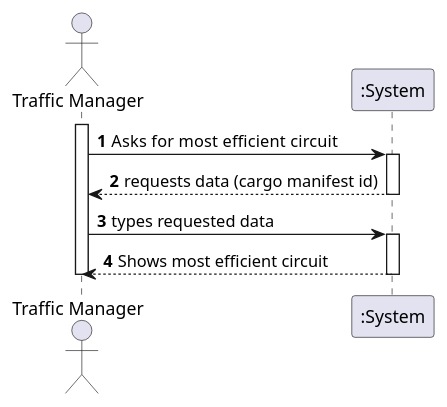
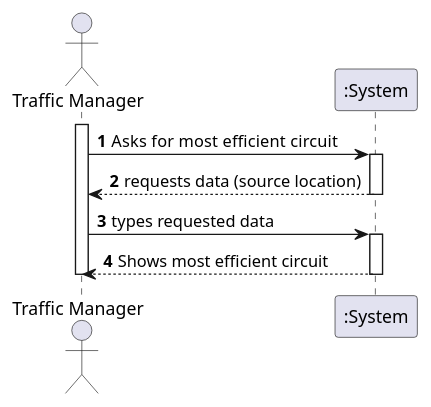
The diagram in docs/Sprint 4/US403/US403_SSD.puml (1190772/LAB-Project-3), drawn with PlantUML before and after one commit. The commit also changed 7 other files, not shown here.

```diff
--- a/docs/Sprint 4/US403/US403_SSD.puml
+++ b/docs/Sprint 4/US403/US403_SSD.puml
@@ -1,23 +1,23 @@
 @startuml
 'https://plantuml.com/sequence-diagram
 
 autonumber
 
 actor "Traffic Manager" as TM
 
 activate TM
 TM -> ":System" : Asks for  most efficient circuit
 
 activate ":System"
-":System" --> "TM" : requests data (cargo manifest id)
+":System" --> "TM" : requests data (source location)
 deactivate ":System"
 
 TM -> ":System" : types requested data
 
 activate ":System"
 ":System" --> "TM" : Shows most efficient circuit
 deactivate ":System"
 
 deactivate TM
 
 @enduml
```
